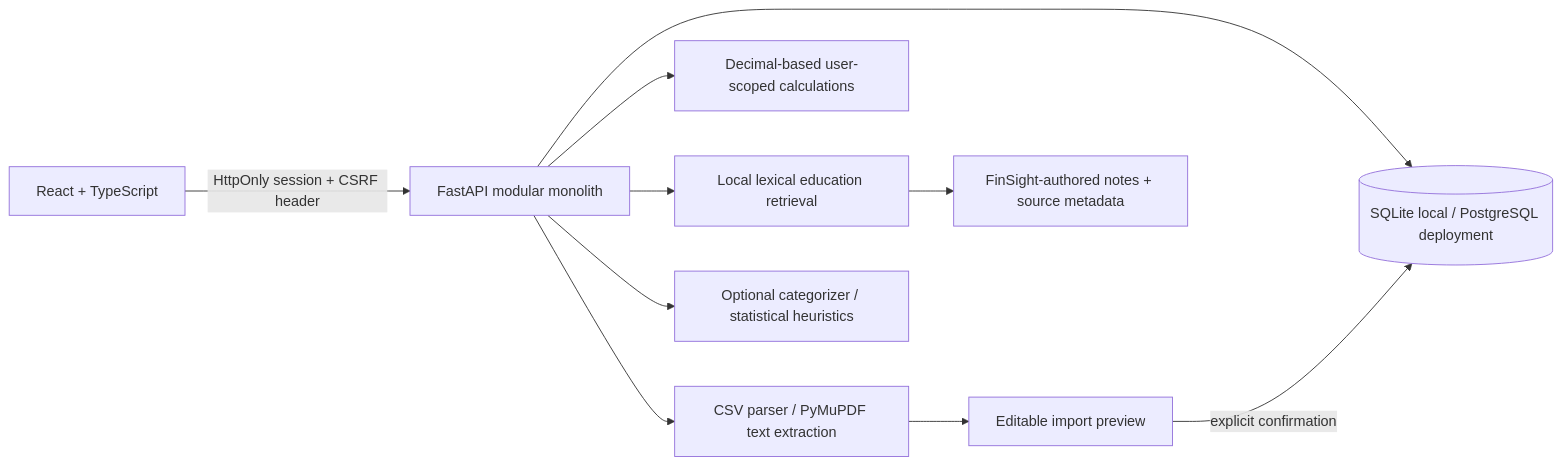
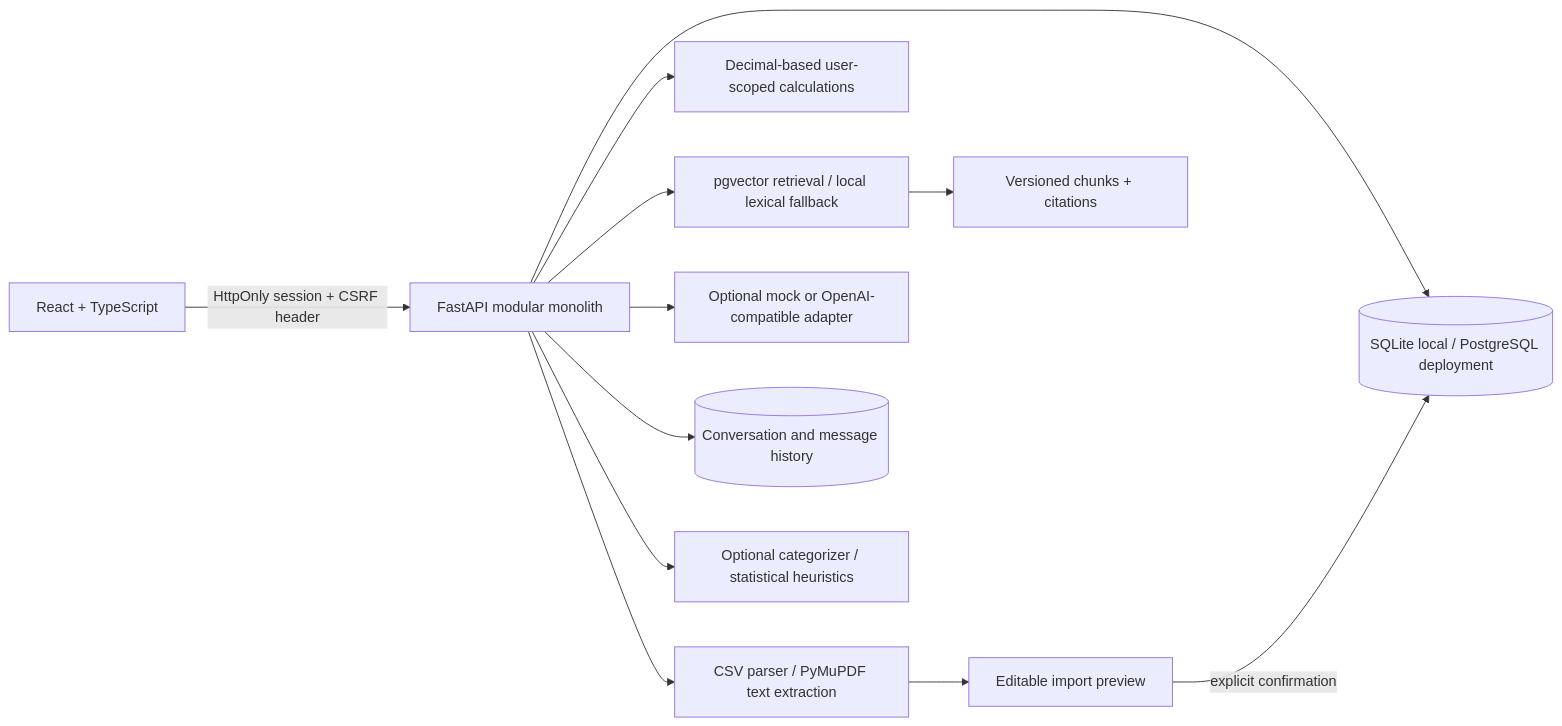
Before and after one commit to rishita0706/FINSIGHT-AI: the diagram in README.md, drawn with Mermaid. The commit also changed other lines of this file and 48 other files, not shown here.

````diff
--- a/README.md
+++ b/README.md
@@ -34,12 +35,14 @@
 ```mermaid
 flowchart LR
   U[React + TypeScript] -->|HttpOnly session + CSRF header| API[FastAPI modular monolith]
   API --> DB[(SQLite local / PostgreSQL deployment)]
   API --> IMPORT[CSV parser / PyMuPDF text extraction]
   IMPORT --> PREVIEW[Editable import preview]
   PREVIEW -->|explicit confirmation| DB
   API --> CALC[Decimal-based user-scoped calculations]
-  API --> RETRIEVE[Local lexical education retrieval]
+  API --> RETRIEVE[pgvector retrieval / local lexical fallback]
+  API --> LLM[Optional mock or OpenAI-compatible adapter]
+  API --> CHAT[(Conversation and message history)]
   API --> ML[Optional categorizer / statistical heuristics]
-  RETRIEVE --> NOTES[FinSight-authored notes + source metadata]
+  RETRIEVE --> NOTES[Versioned chunks + citations]
 ```
````
